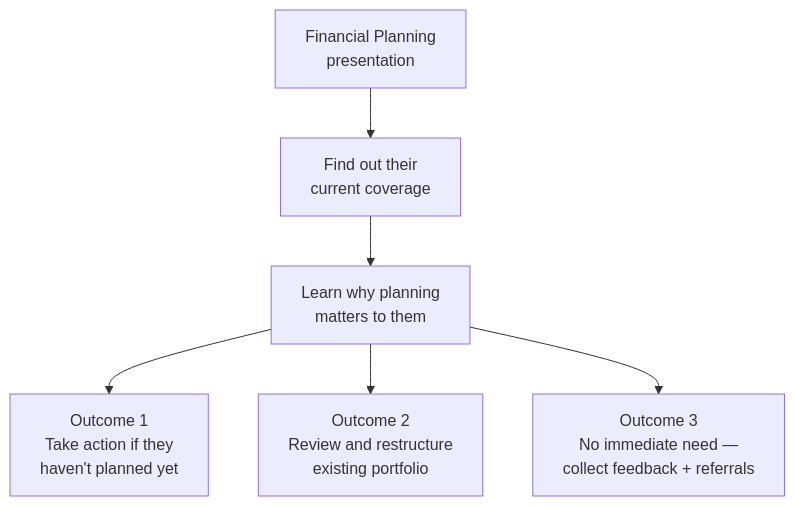
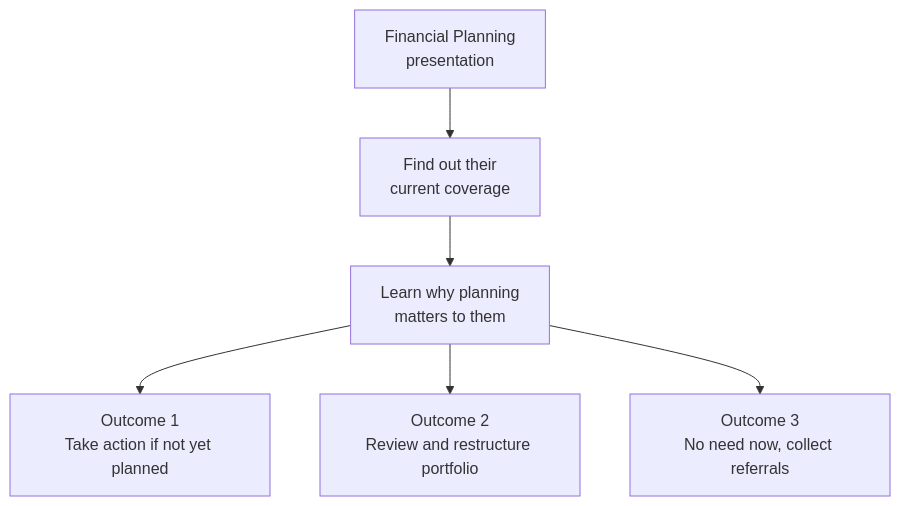
Before and after one commit to leotansingapore/aia-product-compass-hub: the second of 2 diagrams in docs/first-60-days/week-8/day-43.md, drawn with Mermaid. The commit also changed 53 other files, not shown here.

Commit message:
Diagrams and flowcharts now illustrate 53 more days — roughly 90 new mermaid diagrams covering frameworks, funnels, quadrants, decision trees, and timelines

````diff
--- a/docs/first-60-days/week-8/day-43.md
+++ b/docs/first-60-days/week-8/day-43.md
@@ -124,8 +124,8 @@
 ```mermaid
 flowchart TD
-    P[Financial Planning<br/>presentation] --> Q1[Find out their<br/>current coverage]
-    Q1 --> Q2[Learn why planning<br/>matters to them]
-    Q2 --> O1[Outcome 1<br/>Take action if they<br/>haven't planned yet]
-    Q2 --> O2[Outcome 2<br/>Review and restructure<br/>existing portfolio]
-    Q2 --> O3[Outcome 3<br/>No immediate need —<br/>collect feedback + referrals]
+    P["Financial Planning<br/>presentation"] --> Q1["Find out their<br/>current coverage"]
+    Q1 --> Q2["Learn why planning<br/>matters to them"]
+    Q2 --> O1["Outcome 1<br/>Take action if not yet planned"]
+    Q2 --> O2["Outcome 2<br/>Review and restructure portfolio"]
+    Q2 --> O3["Outcome 3<br/>No need now, collect referrals"]
 ```
````
